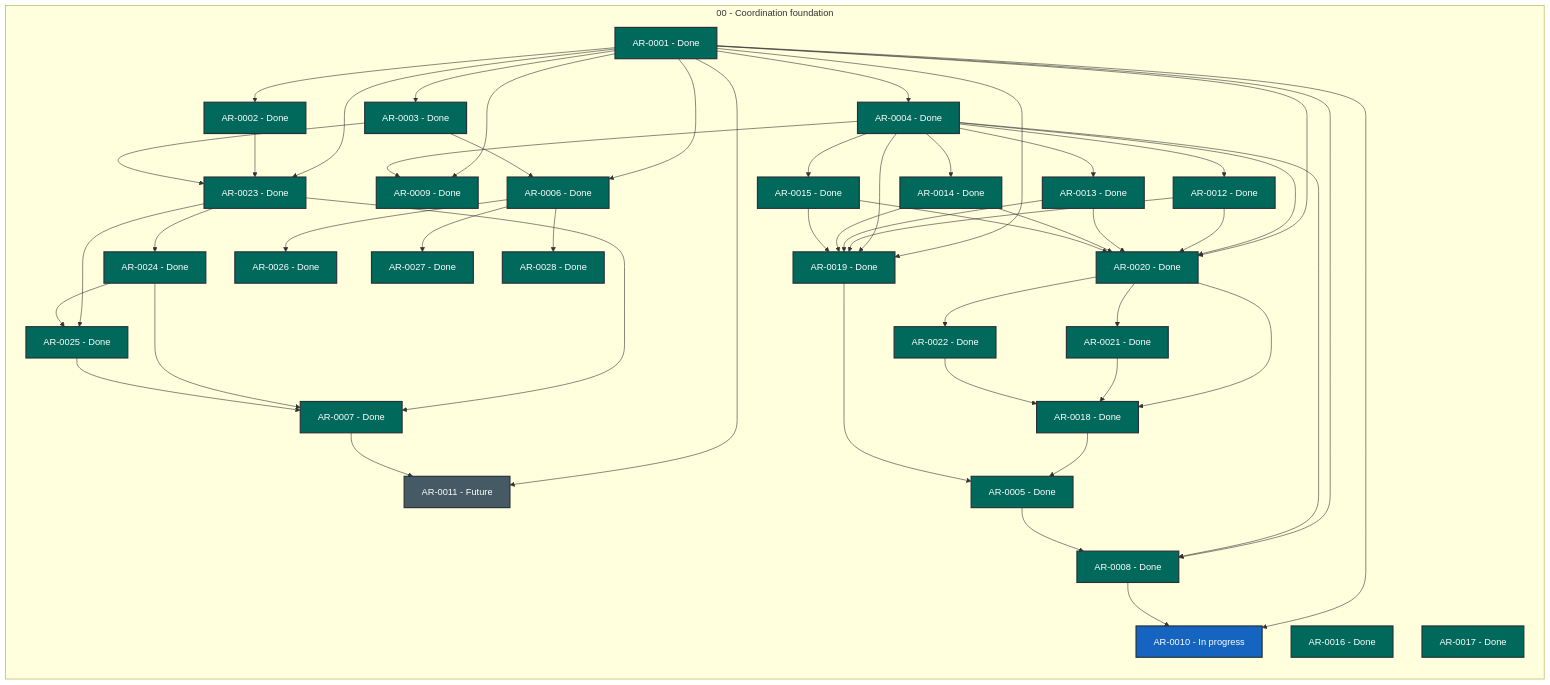
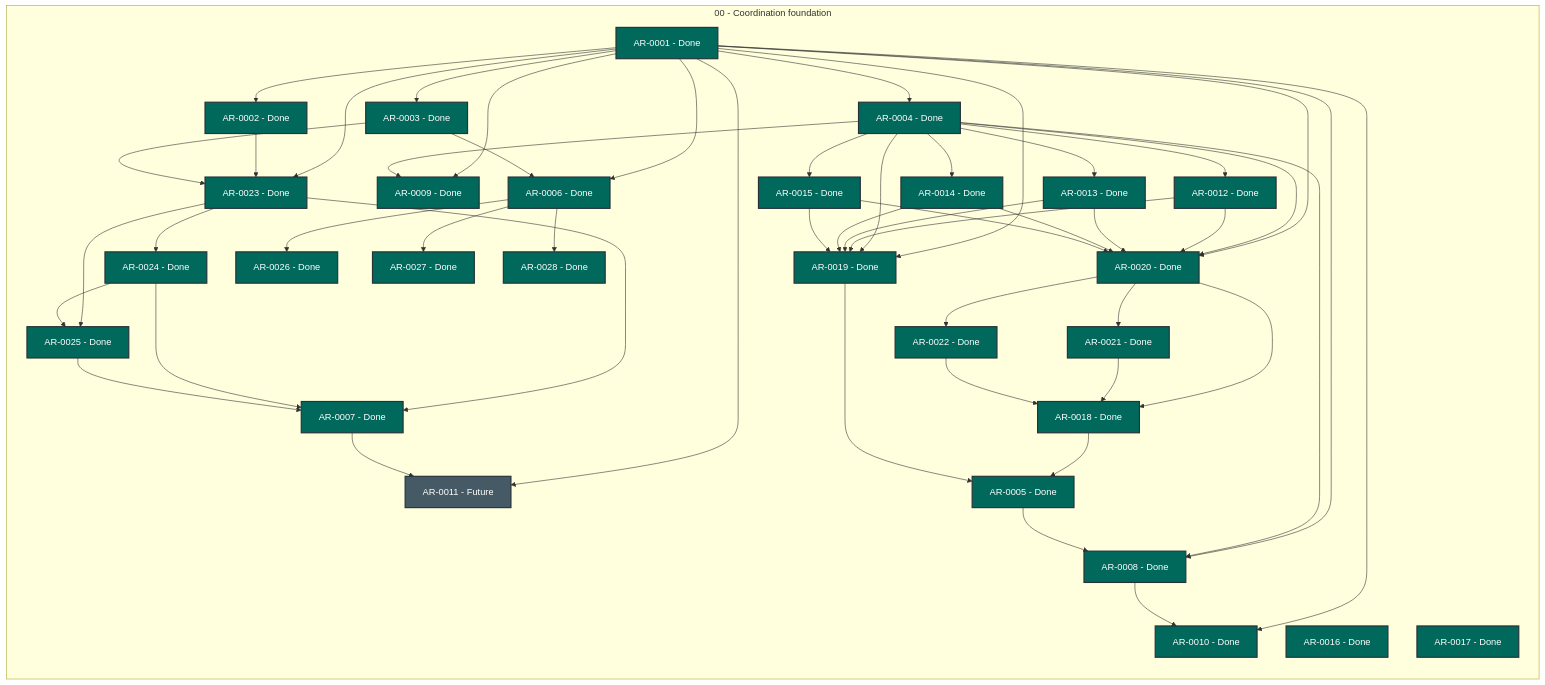
One commit to martin-beck/agent-workflow-quality-state changed the diagram in STATUS.md. Above: the diagram before and after it, drawn with Mermaid. The commit also changed other lines of this file and 2 other files, not shown here.

```diff
--- a/STATUS.md
+++ b/STATUS.md
@@ -37,7 +37,7 @@
         AR_0007["AR-0007 - Done"]:::status_done
         AR_0008["AR-0008 - Done"]:::status_done
         AR_0009["AR-0009 - Done"]:::status_done
-        AR_0010["AR-0010 - In progress"]:::status_in_progress
+        AR_0010["AR-0010 - Done"]:::status_done
         AR_0011["AR-0011 - Future"]:::status_future
         AR_0012["AR-0012 - Done"]:::status_done
         AR_0013["AR-0013 - Done"]:::status_done
```
